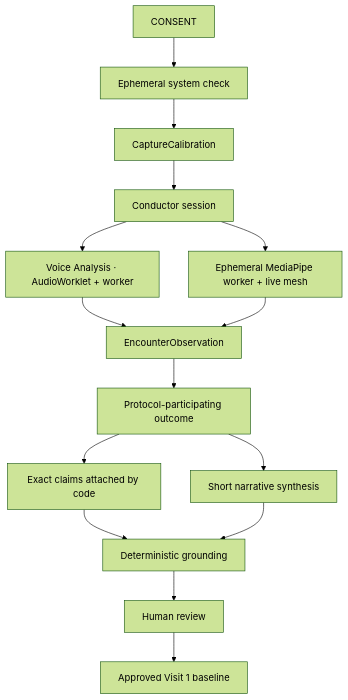
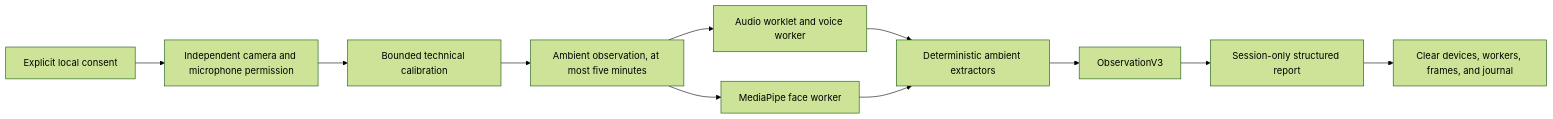
The diagram in docs/architecture.md (logannye/neurotrax), drawn with Mermaid (forest theme) before and after one commit. The commit also changed other lines of this file and 133 other files, not shown here.

````diff
--- a/docs/architecture.md
+++ b/docs/architecture.md
@@ -221,17 +8,13 @@
 ```mermaid
-flowchart TD
-    CONSENT --> CHECK["Ephemeral system check"]
-    CHECK --> CAL["CaptureCalibration"]
-    CAL --> SESSION["Conductor session"]
-    SESSION --> AUDIO["Voice Analysis · AudioWorklet + worker"]
-    SESSION --> FACE["Ephemeral MediaPipe worker + live mesh"]
-    AUDIO --> OBS["EncounterObservation"]
-    FACE --> OBS
-    OBS --> FACTS["Protocol-participating outcome"]
-    FACTS --> CLAIMS["Exact claims attached by code"]
-    FACTS --> NARRATIVE["Short narrative synthesis"]
-    CLAIMS --> GROUND["Deterministic grounding"]
-    NARRATIVE --> GROUND
-    GROUND --> REVIEW["Human review"]
-    REVIEW --> BASELINE["Approved Visit 1 baseline"]
+flowchart LR
+    CONSENT["Explicit local consent"] --> PERMISSION["Independent camera and microphone permission"]
+    PERMISSION --> CAL["Bounded technical calibration"]
+    CAL --> CAPTURE["Ambient observation, at most five minutes"]
+    CAPTURE --> VOICE["Audio worklet and voice worker"]
+    CAPTURE --> FACE["MediaPipe face worker"]
+    VOICE --> EXTRACT["Deterministic ambient extractors"]
+    FACE --> EXTRACT
+    EXTRACT --> OBS["ObservationV3"]
+    OBS --> REPORT["Session-only structured report"]
+    REPORT --> DISPOSE["Clear devices, workers, frames, and journal"]
 ```
````
